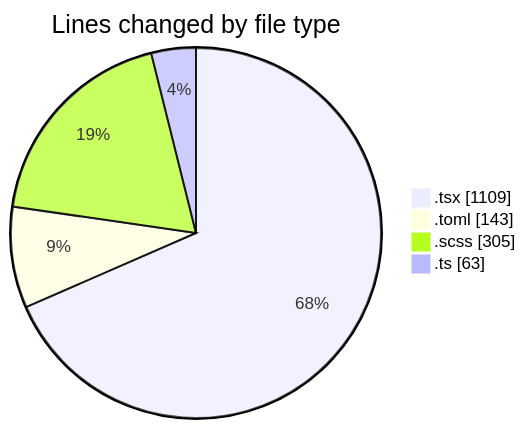
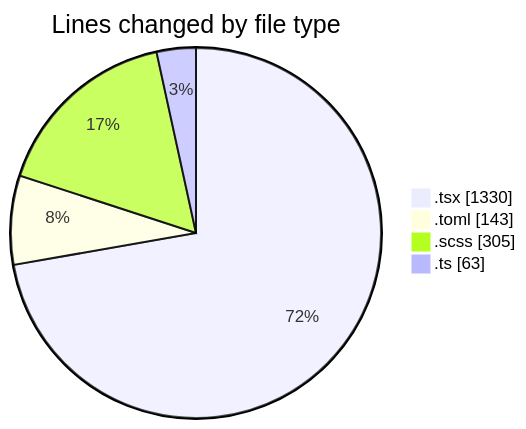
The first of 2 diagrams in 2026-11-02/cda/README.md (momahboobian/code-tracking), drawn with Mermaid before and after one commit. The commit also changed other lines of this file and 1 other file, not shown here.

````diff
--- a/2026-11-02/cda/README.md
+++ b/2026-11-02/cda/README.md
@@ -28,8 +29,8 @@
 ```mermaid
 pie showData
 title Lines changed by file type
-".tsx" : 1109
+".tsx" : 1330
 ".toml" : 143
 ".scss" : 305
 ".ts" : 63
 ```
````
